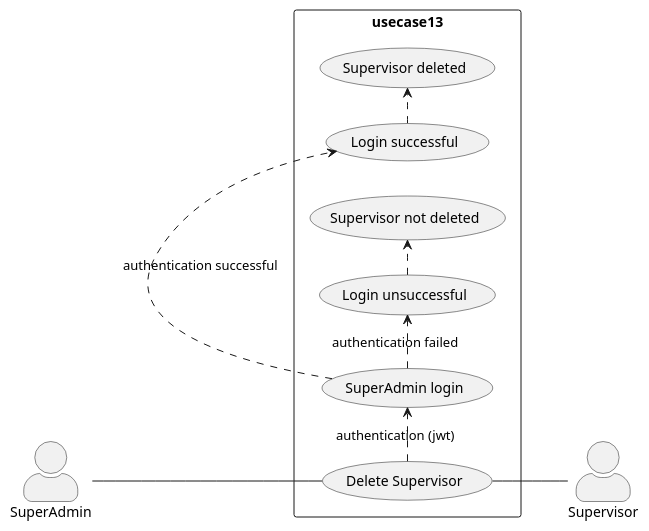
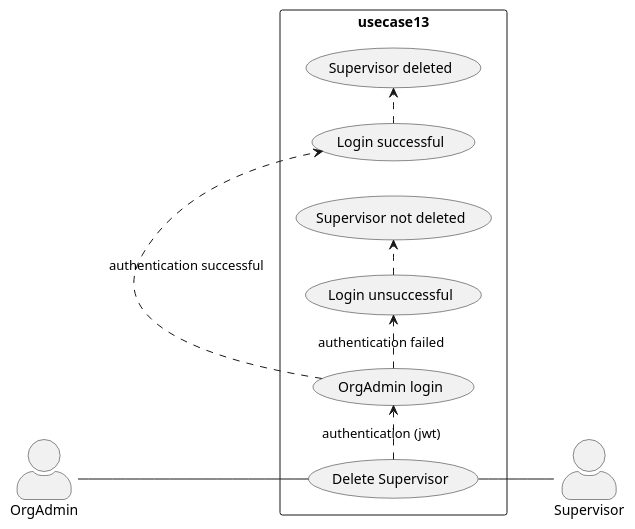
The diagram in 13_org_admin_usecase13.wsd (wawerualbert/CodeHub), drawn with PlantUML before and after one commit. The commit also changed 5 other files, not shown here.

```diff
--- a/13_org_admin_usecase13.wsd
+++ b/13_org_admin_usecase13.wsd
@@ -1,20 +1,20 @@
-@startuml SuperAdmin Delete Supervisor
+@startuml OrgAdmin Delete Supervisor
 
 skinparam actorStyle awesome
 left to right direction
 skinparam packageStyle rectangle
 
-actor SuperAdmin
+actor OrgAdmin
 actor Supervisor
 
 rectangle usecase13{
-  SuperAdmin -- (Delete Supervisor)
-  (Delete Supervisor) .> (SuperAdmin login) : authentication (jwt)
-  (SuperAdmin login) .> (Login successful) : authentication successful
+  OrgAdmin -- (Delete Supervisor)
+  (Delete Supervisor) .> (OrgAdmin login) : authentication (jwt)
+  (OrgAdmin login) .> (Login successful) : authentication successful
   (Login successful) .> (Supervisor deleted)  
-  (SuperAdmin login) .> (Login unsuccessful) : authentication failed
+  (OrgAdmin login) .> (Login unsuccessful) : authentication failed
   (Login unsuccessful) .> (Supervisor not deleted)  
   (Delete Supervisor) -- Supervisor
 }
 
 @enduml
```
